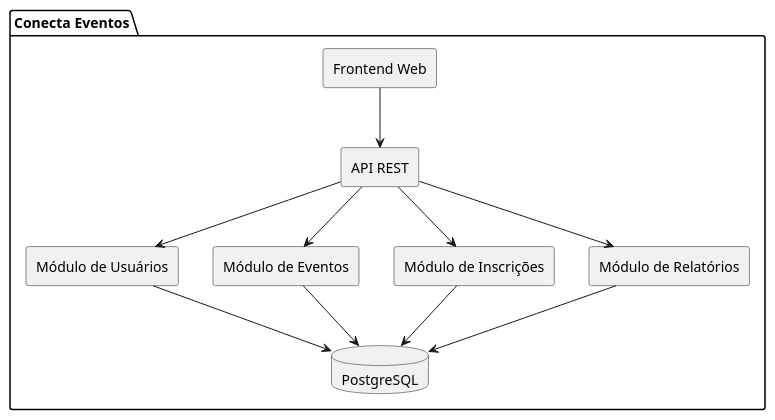
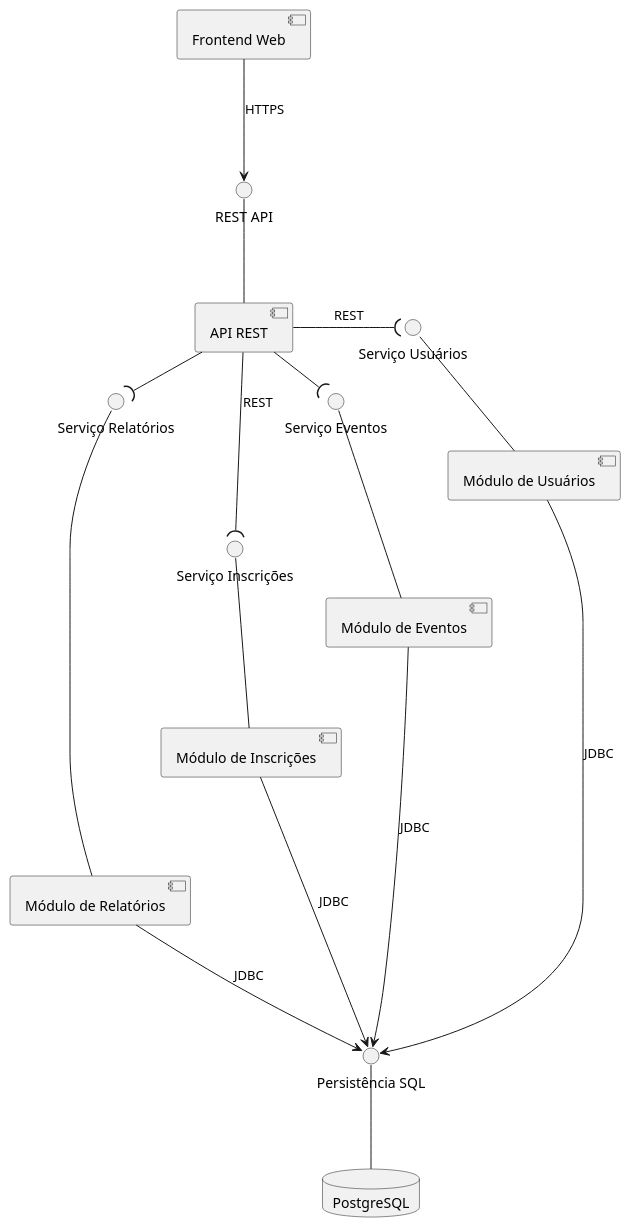
Before and after one commit to mthsz-dm/Conecta-Eventos: the diagram in PlantUML/Diagrama-de-componentes.plantuml, drawn with PlantUML. The commit also changed 1 other file, not shown here.

Commit message:
Melhoria no diagrama de componentes

```diff
--- a/PlantUML/Diagrama-de-componentes.plantuml
+++ b/PlantUML/Diagrama-de-componentes.plantuml
@@ -1,31 +1,53 @@
 @startuml
 
-skinparam componentStyle rectangle
+top to bottom direction
 
-package "Conecta Eventos" {
+skinparam componentStyle uml2
+skinparam nodesep 60
+skinparam ranksep 80
 
-    component "Frontend Web" as Frontend
+component "Frontend Web" as Frontend
+component "API REST" as API
 
-    component "API REST" as API
+component "Módulo de Usuários" as Usuarios
+component "Módulo de Eventos" as Eventos
+component "Módulo de Inscrições" as Inscricoes
+component "Módulo de Relatórios" as Relatorios
 
-    component "Módulo de Usuários" as Usuarios
-    component "Módulo de Eventos" as Eventos
-    component "Módulo de Inscrições" as Inscricoes
-    component "Módulo de Relatórios" as Relatorios
+database "PostgreSQL" as DB
 
-    database "PostgreSQL" as DB
+() "REST API" as REST
 
-    Frontend --> API
+Frontend --> REST : HTTPS
+REST -- API
 
-    API --> Usuarios
-    API --> Eventos
-    API --> Inscricoes
-    API --> Relatorios
+() "Serviço Usuários" as IUsuarios
+API -( IUsuarios : REST
+IUsuarios -- Usuarios
 
-    Usuarios --> DB
-    Eventos --> DB
-    Inscricoes --> DB
-    Relatorios --> DB
-}
+() "Serviço Eventos" as IEventos
+API -( IEventos : REST
+IEventos -- Eventos
+
+() "Serviço Inscrições" as IInscricoes
+API -( IInscricoes : REST
+IInscricoes -- Inscricoes
+
+() "Serviço Relatórios" as IRelatorios
+API -( IRelatorios : REST
+IRelatorios -- Relatorios
+
+() "Persistência SQL" as ISQL
+
+Usuarios --> ISQL : JDBC
+Eventos --> ISQL : JDBC
+Inscricoes --> ISQL : JDBC
+Relatorios --> ISQL : JDBC
+
+ISQL -- DB
+
+Usuarios -[hidden]down-> Eventos
+Eventos -[hidden]down-> Inscricoes
+Inscricoes -[hidden]down-> Relatorios
 
 @enduml
```
